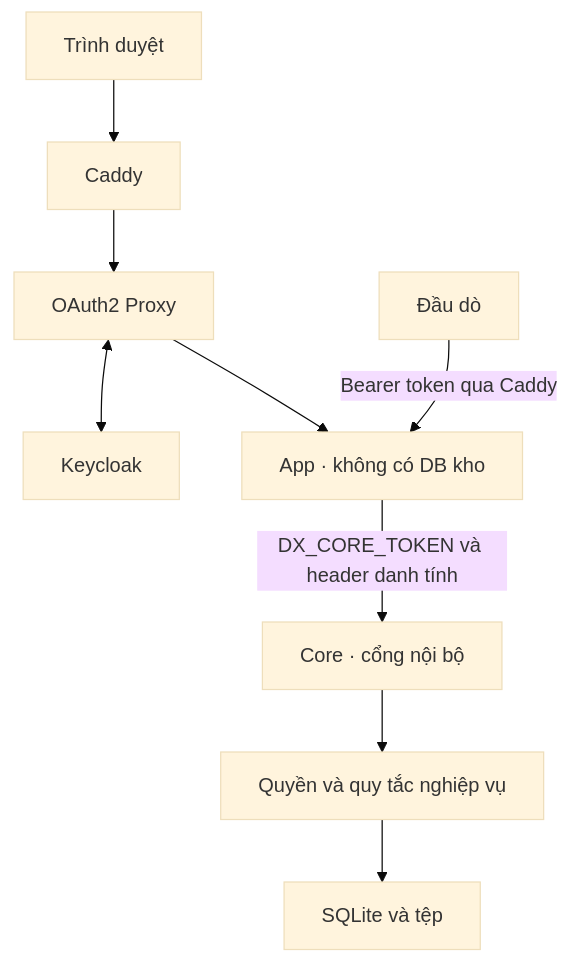
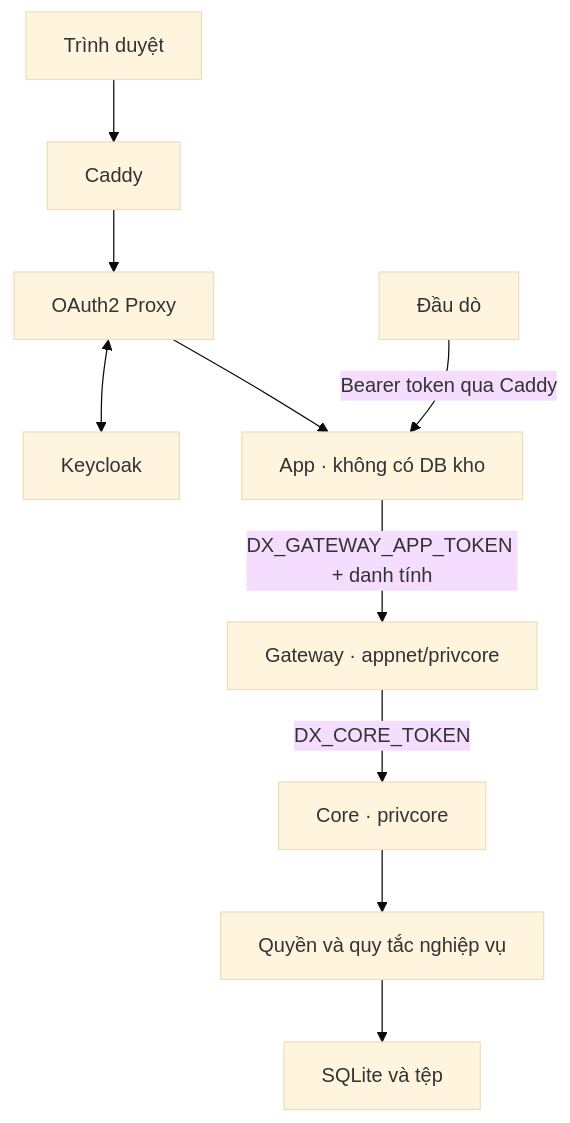
One commit to ngochieu1762005/dx_trace changed the diagram in docs/HEADLESS-CORE.md. Above: the diagram before and after it, drawn with Mermaid (base theme). The commit also changed other lines of this file, not shown here.

Commit message:
docs(arch): show private gateway path and OIDC proof limits

````diff
--- a/docs/HEADLESS-CORE.md
+++ b/docs/HEADLESS-CORE.md
@@ -19,11 +20,12 @@
 ```mermaid
 flowchart TD
     Client["Trình duyệt"] --> Edge["Caddy"]
     Edge --> Proxy["OAuth2 Proxy"]
     Proxy <--> SSO["Keycloak"]
     Proxy --> Web["App · không có DB kho"]
     Sensor["Đầu dò"] -->|"Bearer token qua Caddy"| Web
-    Web -->|"DX_CORE_TOKEN và header danh tính"| Core["Core · cổng nội bộ"]
+    Web -->|"DX_GATEWAY_APP_TOKEN + danh tính"| Gateway["Gateway · appnet/privcore"]
+    Gateway -->|"DX_CORE_TOKEN"| Core["Core · privcore"]
     Core --> Rules["Quyền và quy tắc nghiệp vụ"]
     Rules --> Storage["SQLite và tệp"]
 ```
````
